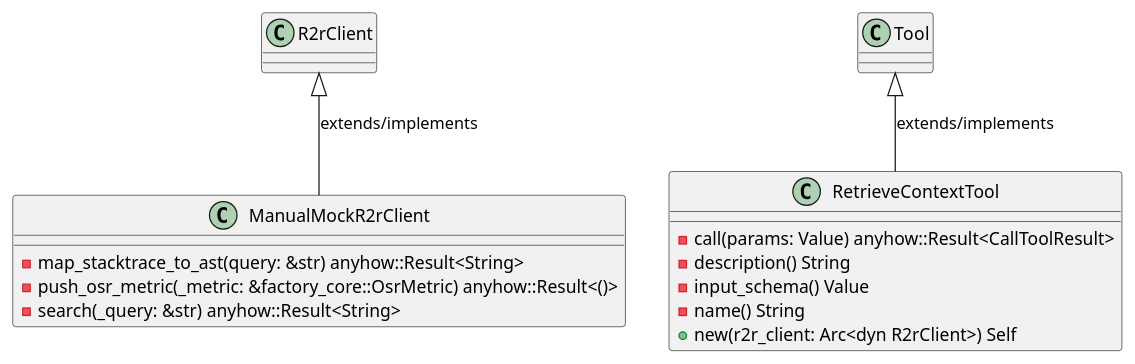
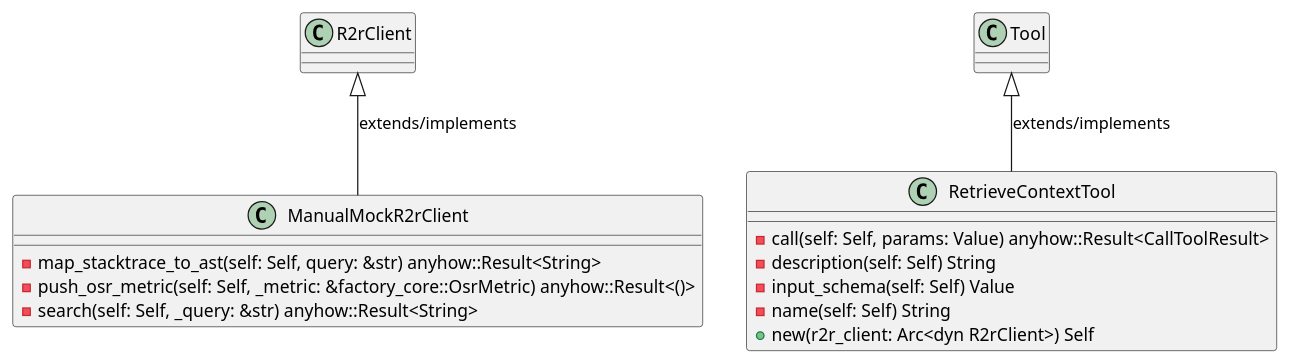
One commit to lgcorzo/rust_CACD_autonomous_factory changed the first of 6 diagrams in openwiki/crates_factory_mcp_server_src_tools_retrieve_context.md. Above: the diagram before and after it, drawn with PlantUML. The commit also changed other lines of this file and 95 other files, not shown here.

````diff
--- a/openwiki/crates_factory_mcp_server_src_tools_retrieve_context.md
+++ b/openwiki/crates_factory_mcp_server_src_tools_retrieve_context.md
@@ -102,19 +102,19 @@
 ```plantuml
 @startuml
 class ManualMockR2rClient {
-    -map_stacktrace_to_ast(query: &str) anyhow::Result<String>
-    -push_osr_metric(_metric: &factory_core::OsrMetric) anyhow::Result<()>
-    -search(_query: &str) anyhow::Result<String>
+    -map_stacktrace_to_ast(self: Self, query: &str) anyhow::Result<String>
+    -push_osr_metric(self: Self, _metric: &factory_core::OsrMetric) anyhow::Result<()>
+    -search(self: Self, _query: &str) anyhow::Result<String>
 }
 R2rClient <|-- ManualMockR2rClient : extends/implements
 class RetrieveContextTool {
-    -call(params: Value) anyhow::Result<CallToolResult>
-    -description() String
-    -input_schema() Value
-    -name() String
+    -call(self: Self, params: Value) anyhow::Result<CallToolResult>
+    -description(self: Self) String
+    -input_schema(self: Self) Value
+    -name(self: Self) String
     +new(r2r_client: Arc<dyn R2rClient>) Self
 }
 Tool <|-- RetrieveContextTool : extends/implements
 @enduml
 
 ```
````
